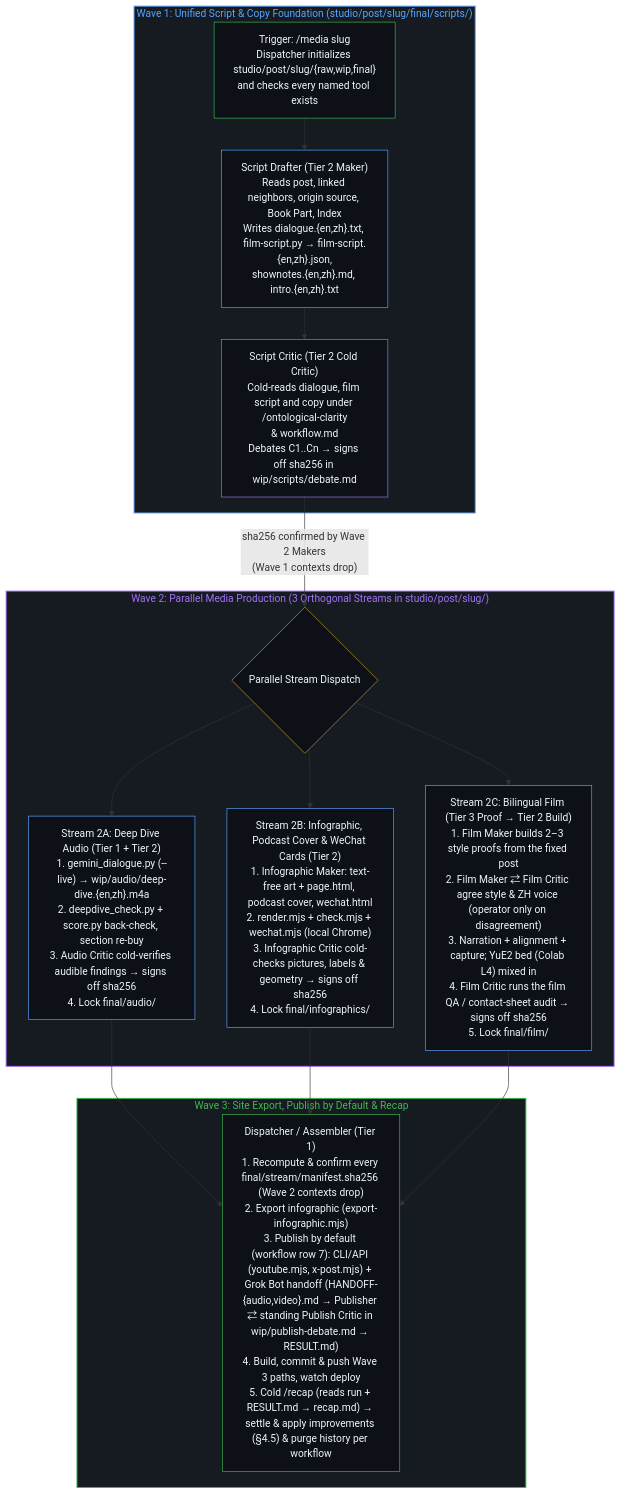
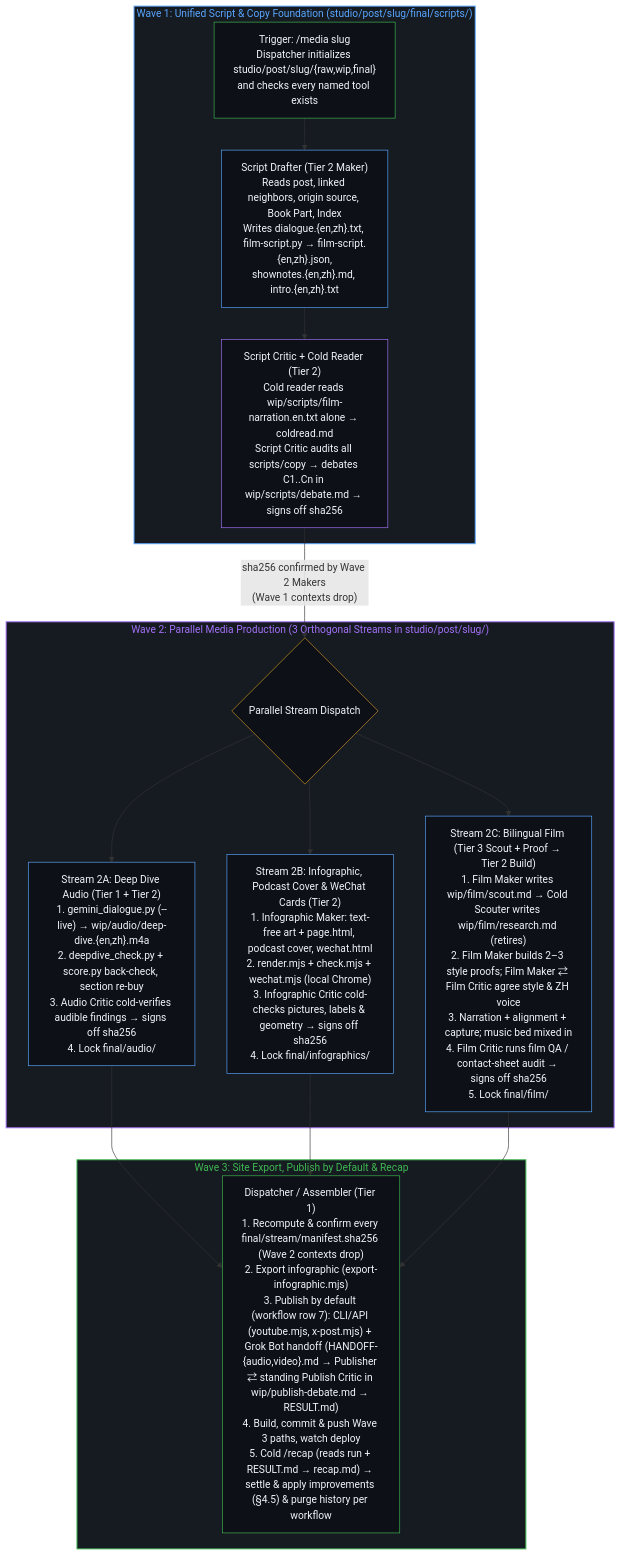
The fourth of 4 diagrams in docs/wave-refinement-plan.md (powerpig99/not-a-toe), drawn with Mermaid before and after one commit. The commit also changed other lines of this file and 11 other files, not shown here.

Commit message:
Recap /media: align adapters, charters, and plan §8 with stall_watch --wait and Tier 3 scouter (M2–M4)

````diff
--- a/docs/wave-refinement-plan.md
+++ b/docs/wave-refinement-plan.md
@@ -575,33 +575,33 @@
 ```mermaid
 flowchart TD
     subgraph S_Wave1["Wave 1: Unified Script & Copy Foundation (studio/post/slug/final/scripts/)"]
         M0["Trigger: /media slug<br/>Dispatcher initializes studio/post/slug/{raw,wip,final}<br/>and checks every named tool exists"] --> SD["Script Drafter (Tier 2 Maker)<br/>Reads post, linked neighbors, origin source, Book Part, Index<br/>Writes dialogue.{en,zh}.txt, film-script.py → film-script.{en,zh}.json,<br/>shownotes.{en,zh}.md, intro.{en,zh}.txt"]
-        SD --> SC["Script Critic (Tier 2 Cold Critic)<br/>Cold-reads dialogue, film script and copy under /ontological-clarity<br/>& workflow.md<br/>Debates C1..Cn → signs off sha256 in wip/scripts/debate.md"]
+        SD --> SC["Script Critic + Cold Reader (Tier 2)<br/>Cold reader reads wip/scripts/film-narration.en.txt alone → coldread.md<br/>Script Critic audits all scripts/copy → debates C1..Cn in wip/scripts/debate.md → signs off sha256"]
     end
 
     subgraph S_Wave2["Wave 2: Parallel Media Production (3 Orthogonal Streams in studio/post/slug/)"]
         SC -->|"sha256 confirmed by Wave 2 Makers<br/>(Wave 1 contexts drop)"| Fork{"Parallel Stream Dispatch"}
 
         Fork --> AB["Stream 2A: Deep Dive Audio (Tier 1 + Tier 2)<br/>1. gemini_dialogue.py (--live) → wip/audio/deep-dive.{en,zh}.m4a<br/>2. deepdive_check.py + score.py back-check, section re-buy<br/>3. Audio Critic cold-verifies audible findings → signs off sha256<br/>4. Lock final/audio/"]
 
         Fork --> IB["Stream 2B: Infographic, Podcast Cover & WeChat Cards (Tier 2)<br/>1. Infographic Maker: text-free art + page.html, podcast cover, wechat.html<br/>2. render.mjs + check.mjs + wechat.mjs (local Chrome)<br/>3. Infographic Critic cold-checks pictures, labels & geometry → signs off sha256<br/>4. Lock final/infographics/"]
 
-        Fork --> FB["Stream 2C: Bilingual Film (Tier 3 Proof → Tier 2 Build)<br/>1. Film Maker builds 2–3 style proofs from the fixed post<br/>2. Film Maker ⇄ Film Critic agree style & ZH voice (operator only on disagreement)<br/>3. Narration + alignment + capture; YuE2 bed (Colab L4) mixed in<br/>4. Film Critic runs the film QA / contact-sheet audit → signs off sha256<br/>5. Lock final/film/"]
+        Fork --> FB["Stream 2C: Bilingual Film (Tier 3 Scout + Proof → Tier 2 Build)<br/>1. Film Maker writes wip/film/scout.md → Cold Scouter writes wip/film/research.md (retires)<br/>2. Film Maker builds 2–3 style proofs; Film Maker ⇄ Film Critic agree style & ZH voice<br/>3. Narration + alignment + capture; music bed mixed in<br/>4. Film Critic runs film QA / contact-sheet audit → signs off sha256<br/>5. Lock final/film/"]
     end
 
     subgraph S_Wave3["Wave 3: Site Export, Publish by Default & Recap"]
         AB & IB & FB --> DA["Dispatcher / Assembler (Tier 1)<br/>1. Recompute & confirm every final/stream/manifest.sha256 (Wave 2 contexts drop)<br/>2. Export infographic (export-infographic.mjs)<br/>3. Publish by default (workflow row 7): CLI/API (youtube.mjs, x-post.mjs) + Grok Bot handoff (HANDOFF-{audio,video}.md → Publisher ⇄ standing Publish Critic in wip/publish-debate.md → RESULT.md)<br/>4. Build, commit & push Wave 3 paths, watch deploy<br/>5. Cold /recap (reads run + RESULT.md → recap.md) → settle & apply improvements (§4.5) & purge history per workflow"]
     end
 
     style S_Wave1 fill:#161b22,stroke:#58a6ff,stroke-width:1.5px,color:#58a6ff
     style S_Wave2 fill:#161b22,stroke:#a371f7,stroke-width:1.5px,color:#a371f7
     style S_Wave3 fill:#161b22,stroke:#3fb950,stroke-width:1.5px,color:#3fb950
     style M0 fill:#0d1117,stroke:#3fb950,stroke-width:1px,color:#f0f6fc
     style SD fill:#0d1117,stroke:#58a6ff,stroke-width:1px,color:#f0f6fc
     style SC fill:#0d1117,stroke:#a371f7,stroke-width:1px,color:#f0f6fc
     style Fork fill:#0d1117,stroke:#d29922,stroke-width:1px,color:#f0f6fc
     style AB fill:#0d1117,stroke:#58a6ff,stroke-width:1px,color:#f0f6fc
     style IB fill:#0d1117,stroke:#58a6ff,stroke-width:1px,color:#f0f6fc
     style FB fill:#0d1117,stroke:#58a6ff,stroke-width:1px,color:#f0f6fc
     style DA fill:#0d1117,stroke:#3fb950,stroke-width:1px,color:#f0f6fc
 ```
````
